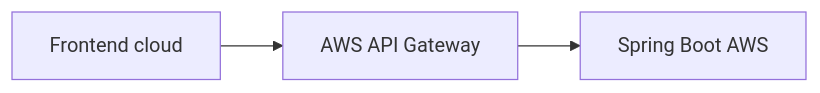
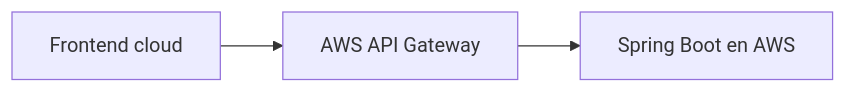
The second of 2 diagrams in guias-integradas/ev1/01-cloudtasks-local.md (cmartinezs/DSY1107-DESARROLLO-CLOUD-NATIVE-I-2026-2), drawn with Mermaid before and after one commit. The commit also changed other lines of this file, not shown here.

````diff
--- a/guias-integradas/ev1/01-cloudtasks-local.md
+++ b/guias-integradas/ev1/01-cloudtasks-local.md
@@ -269,5 +279,5 @@
 ```mermaid
 flowchart LR
     F[Frontend cloud] --> G[AWS API Gateway]
-    G --> B[Spring Boot AWS]
+    G --> B[Spring Boot en AWS]
 ```
````
